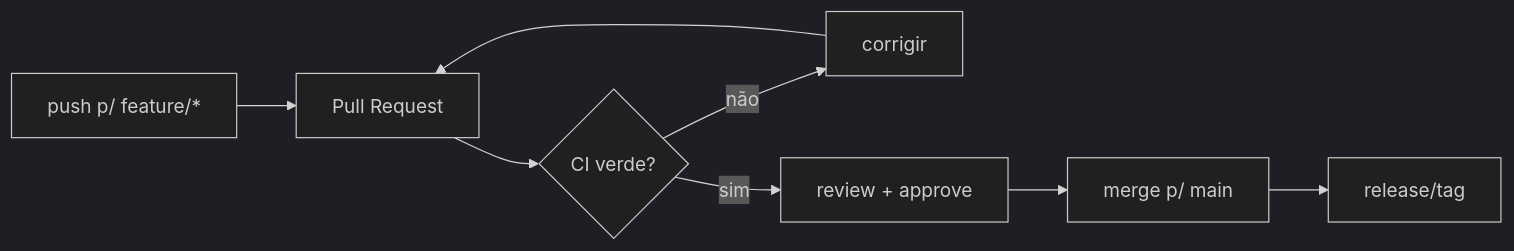
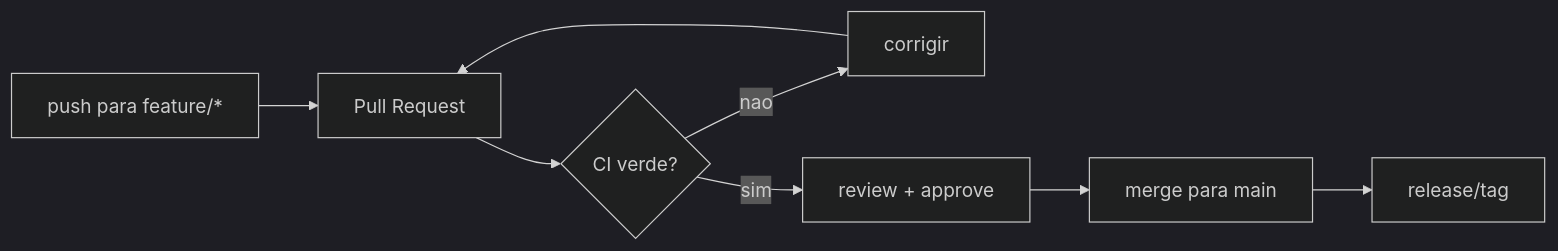
Before and after one commit to BerniloBernardo-boot/Git-e-GitHub: the diagram in 05-GitHub-e-Repositorios/02-GitHub-Issues-releases-actions.md, drawn with Mermaid (dark theme). The commit also changed other lines of this file and 27 other files, not shown here.

````diff
--- a/05-GitHub-e-Repositorios/02-GitHub-Issues-releases-actions.md
+++ b/05-GitHub-e-Repositorios/02-GitHub-Issues-releases-actions.md
@@ -65,10 +91,10 @@
 ```mermaid
 flowchart LR
-    D[push p/ feature/*] --> PR[Pull Request]
-    PR --> CI{CI verde?}
-    CI -->|não| F[corrigir]
+    D["push para feature/*"] --> PR["Pull Request"]
+    PR --> CI{"CI verde?"}
+    CI -->|nao| F["corrigir"]
     F --> PR
-    CI -->|sim| RV[review + approve]
-    RV --> M[merge p/ main]
-    M --> REL[release/tag]
+    CI -->|sim| RV["review + approve"]
+    RV --> M["merge para main"]
+    M --> REL["release/tag"]
 ```
````
